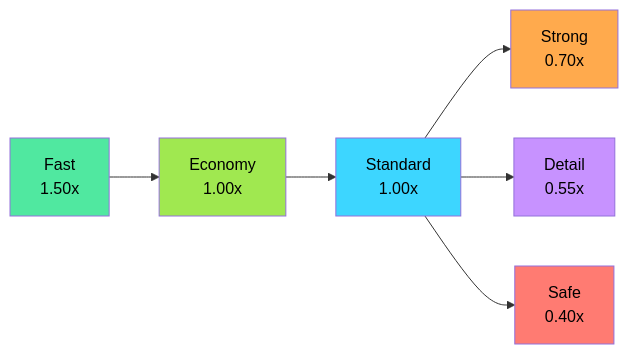
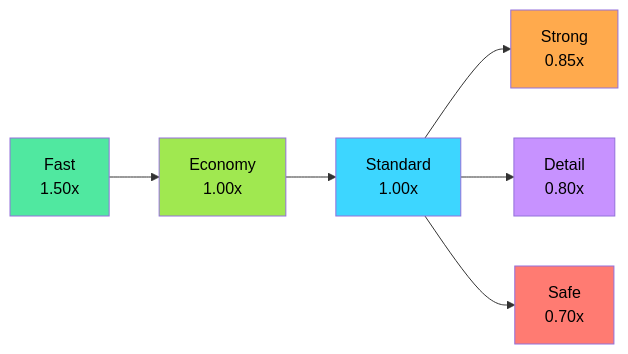
The ninth of 10 diagrams in README.md (RafaelFino/FilamentDB), drawn with Mermaid before and after one commit. The commit also changed other lines of this file, not shown here.

````diff
--- a/README.md
+++ b/README.md
@@ -62,15 +629,15 @@
 ```mermaid
 graph LR
     F[Fast<br/>1.50x] --> E[Economy<br/>1.00x]
     E --> S[Standard<br/>1.00x]
-    S --> ST[Strong<br/>0.70x]
-    S --> D[Detail<br/>0.55x]
-    S --> SA[Safe<br/>0.40x]
+    S --> ST[Strong<br/>0.85x]
+    S --> D[Detail<br/>0.80x]
+    S --> SA[Safe<br/>0.70x]
 
     style F fill:#50e8a0,color:#000
     style E fill:#a0e850,color:#000
     style S fill:#3dd6ff,color:#000
     style ST fill:#ffaa4d,color:#000
     style D fill:#c792ff,color:#000
     style SA fill:#ff7b72,color:#000
 ```
````
